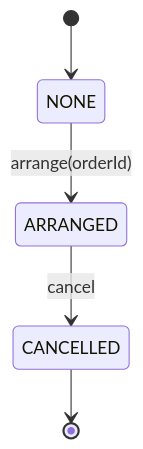
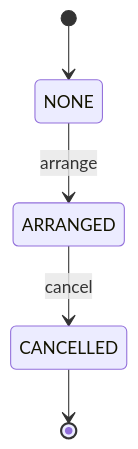
Before and after one commit to oskargawr/agentic-microservices-orchestration: the third of 3 diagrams in docs/contracts/STATE_MODELS.md, drawn with Mermaid. The commit also changed other lines of this file and 9 other files, not shown here.

````diff
--- a/docs/contracts/STATE_MODELS.md
+++ b/docs/contracts/STATE_MODELS.md
@@ -42,7 +79,7 @@
 ```mermaid
 stateDiagram-v2
   [*] --> NONE
-  NONE --> ARRANGED: arrange(orderId)
+  NONE --> ARRANGED: arrange
   ARRANGED --> CANCELLED: cancel
   CANCELLED --> [*]
 ```
````
